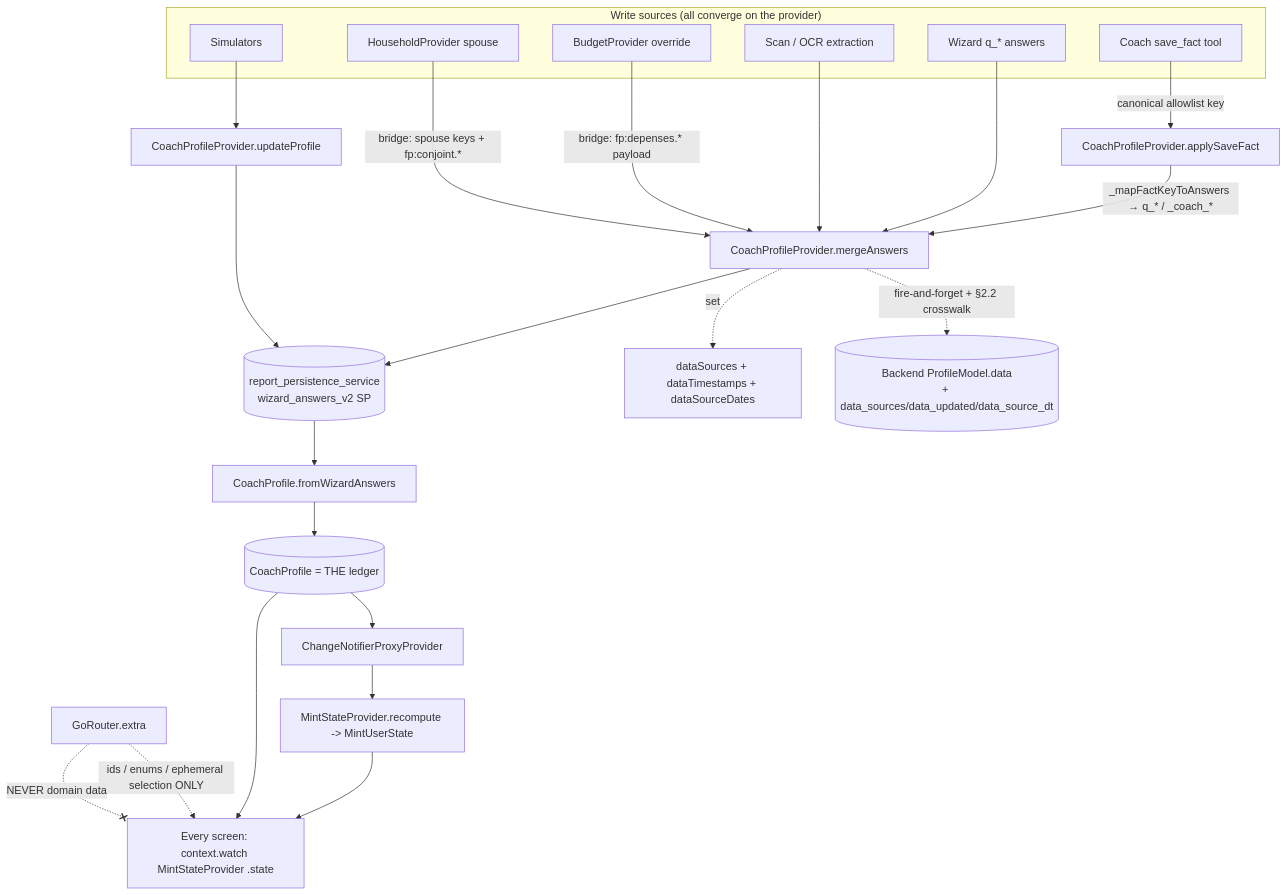
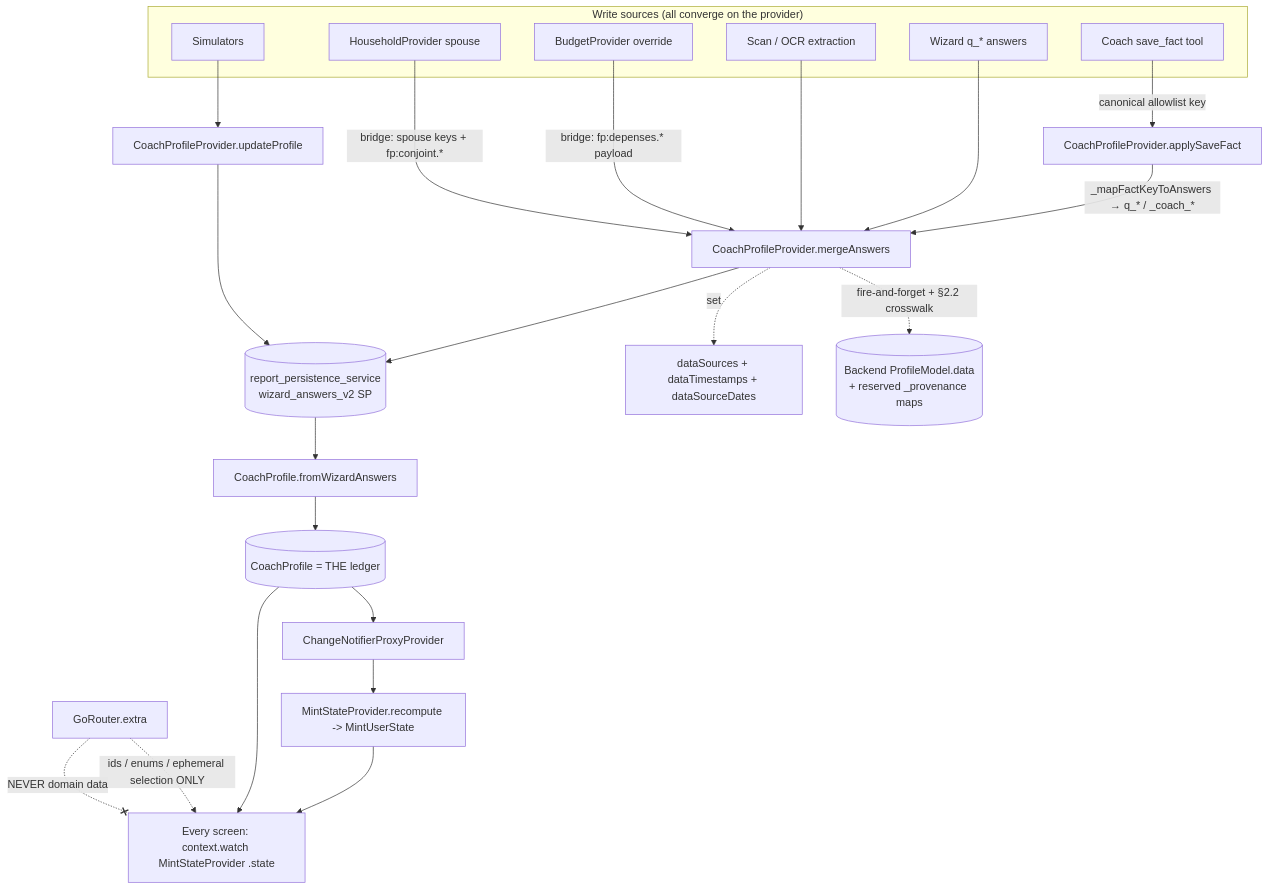
One commit to MINT-IA/MINT changed the diagram in docs/codex/DATA_LEDGER.md. Above: the diagram before and after it, drawn with Mermaid. The commit also changed other lines of this file and 114 other files, not shown here.

````diff
--- a/docs/codex/DATA_LEDGER.md
+++ b/docs/codex/DATA_LEDGER.md
@@ -461,35 +521,35 @@
 ```mermaid
 flowchart TD
   subgraph Inputs["Write sources (all converge on the provider)"]
     W[Wizard q_* answers]
     C[Coach save_fact tool]
     S[Scan / OCR extraction]
     SIM[Simulators]
     B[BudgetProvider override]
     H[HouseholdProvider spouse]
   end
 
   C -->|canonical allowlist key| AF[CoachProfileProvider.applySaveFact]
   AF -->|_mapFactKeyToAnswers → q_* / _coach_*| MA
   W --> MA[CoachProfileProvider.mergeAnswers]
   S --> MA
   B -->|bridge: fp:depenses.* payload| MA
   H -->|bridge: spouse keys + fp:conjoint.*| MA
   SIM --> UP[CoachProfileProvider.updateProfile]
 
   MA --> PERS[(report_persistence_service<br/>wizard_answers_v2 SP)]
   UP --> PERS
   MA -. set .-> PROV[dataSources + dataTimestamps + dataSourceDates]
   PERS --> RC[CoachProfile.fromWizardAnswers]
   RC --> CP[(CoachProfile = THE ledger)]
   CP --> PROX[ChangeNotifierProxyProvider]
   PROX --> MS[MintStateProvider.recompute -> MintUserState]
 
   MS --> SCREENS[Every screen: context.watch MintStateProvider .state]
   CP --> SCREENS
 
-  MA -.->|fire-and-forget + §2.2 crosswalk| BE[(Backend ProfileModel.data<br/>+ data_sources/data_updated/data_source_dt)]
+  MA -.->|fire-and-forget + §2.2 crosswalk| BE[(Backend ProfileModel.data<br/>+ reserved _provenance maps)]
 
   X[GoRouter.extra] -. ids / enums / ephemeral selection ONLY .-> SCREENS
   X -. NEVER domain data .-x SCREENS
 ```
````
